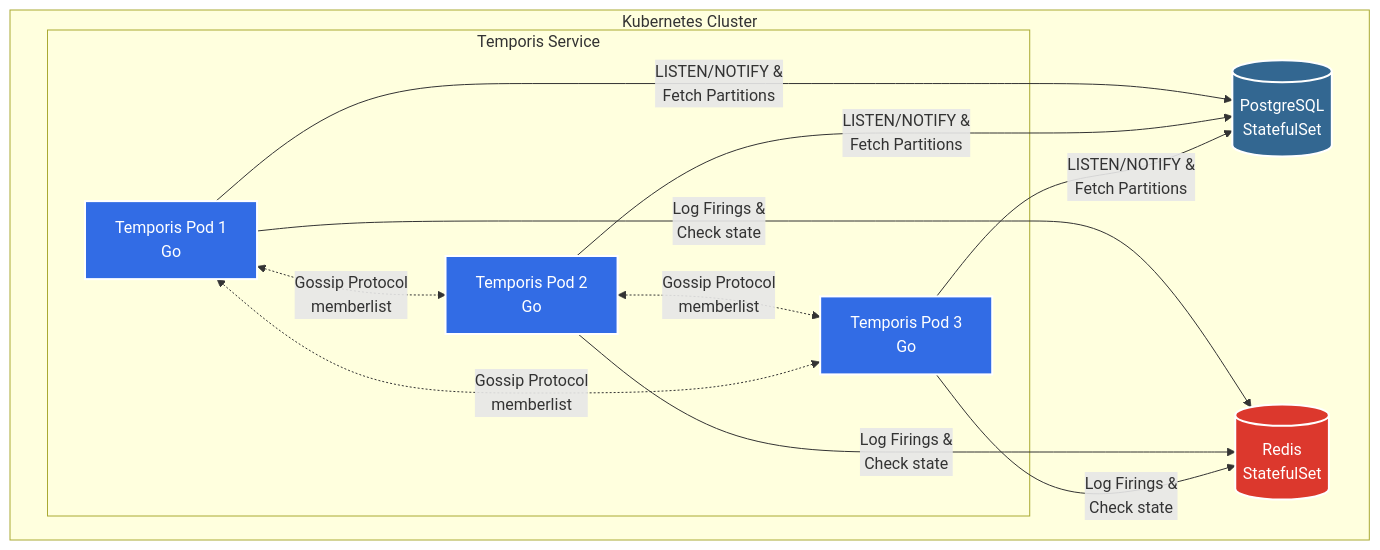
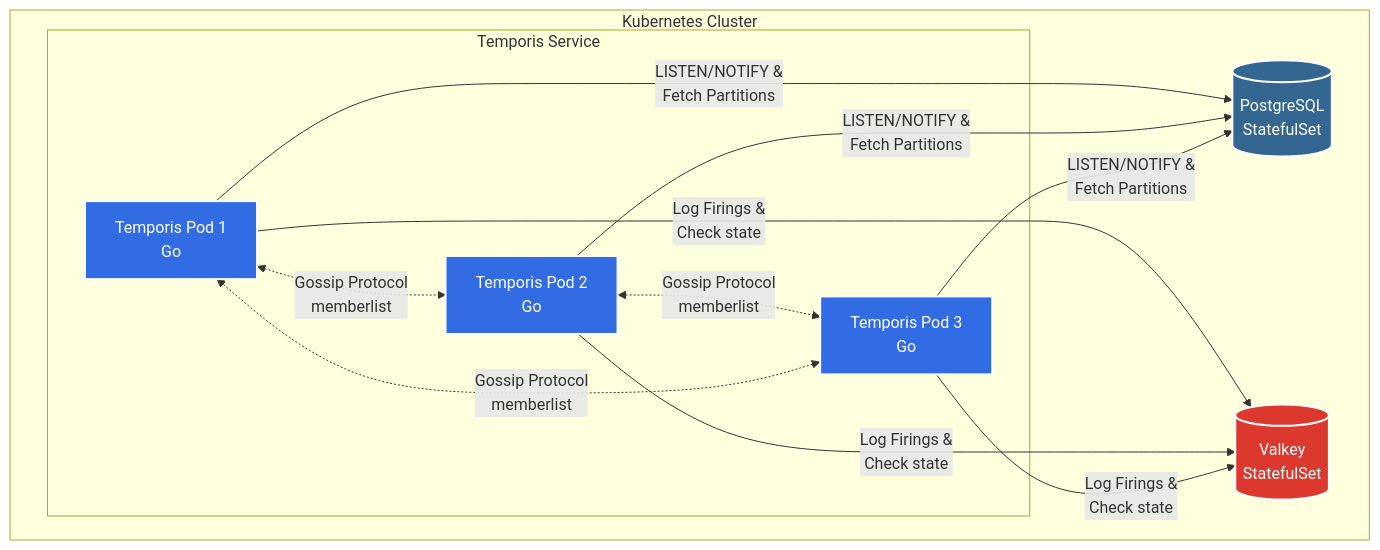
Before and after one commit to robbdimitrov/temporis: the diagram in README.md, drawn with Mermaid. The commit also changed other lines of this file and 8 other files, not shown here.

Commit message:
feat: migrate from redis to valkey

````diff
--- a/README.md
+++ b/README.md
@@ -15,36 +15,36 @@
 ```mermaid
 graph TD
     subgraph Kubernetes Cluster
         subgraph Temporis Service
             T1[Temporis Pod 1<br>Go]
             T2[Temporis Pod 2<br>Go]
             T3[Temporis Pod 3<br>Go]
         end
 
         DB[(PostgreSQL<br>StatefulSet)]
-        Cache[(Redis<br>StatefulSet)]
+        Cache[(Valkey<br>StatefulSet)]
         
         %% Gossip Protocol
         T1 <-.->|Gossip Protocol<br>memberlist| T2
         T2 <-.->|Gossip Protocol<br>memberlist| T3
         T3 <-.->|Gossip Protocol<br>memberlist| T1
 
         %% Database Connections
         T1 -->|LISTEN/NOTIFY &<br>Fetch Partitions| DB
         T2 -->|LISTEN/NOTIFY &<br>Fetch Partitions| DB
         T3 -->|LISTEN/NOTIFY &<br>Fetch Partitions| DB
 
-        %% Redis Connections
+        %% Valkey Connections
         T1 -->|Log Firings &<br>Check state| Cache
         T2 -->|Log Firings &<br>Check state| Cache
         T3 -->|Log Firings &<br>Check state| Cache
     end
 
     classDef pod fill:#326ce5,stroke:#fff,stroke-width:2px,color:#fff;
     classDef db fill:#336791,stroke:#fff,stroke-width:2px,color:#fff;
     classDef cache fill:#dc382d,stroke:#fff,stroke-width:2px,color:#fff;
 
     class T1,T2,T3 pod;
     class DB db;
     class Cache cache;
 ```
````
